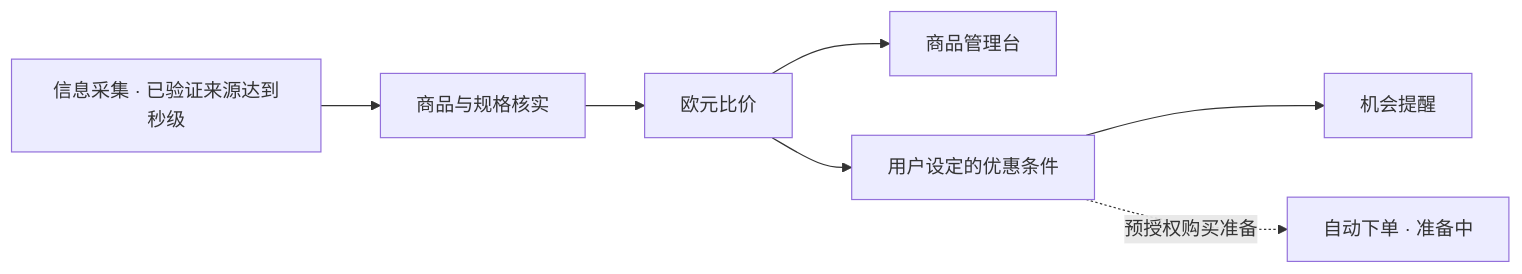
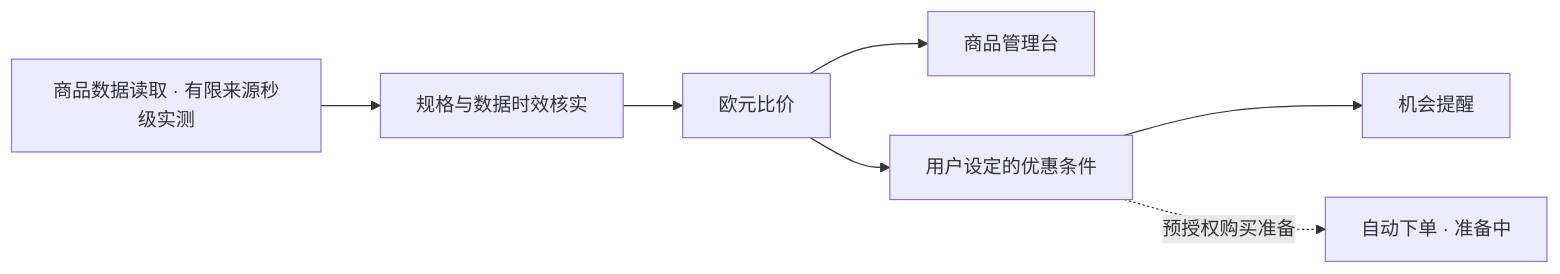
The diagram in README.md (yusongcao2004/arcteryx-deal-sentinel), drawn with Mermaid before and after one commit. The commit also changed other lines of this file and 3 other files, not shown here.

````diff
--- a/README.md
+++ b/README.md
@@ -74,9 +75,9 @@
 ```mermaid
 flowchart LR
-    A[信息采集 · 已验证来源达到秒级] --> B[商品与规格核实]
+    A[商品数据读取 · 有限来源秒级实测] --> B[规格与数据时效核实]
     B --> C[欧元比价]
     C --> D[商品管理台]
     C --> E[用户设定的优惠条件]
     E --> G[机会提醒]
     E -. 预授权购买准备 .-> F[自动下单 · 准备中]
 ```
````
